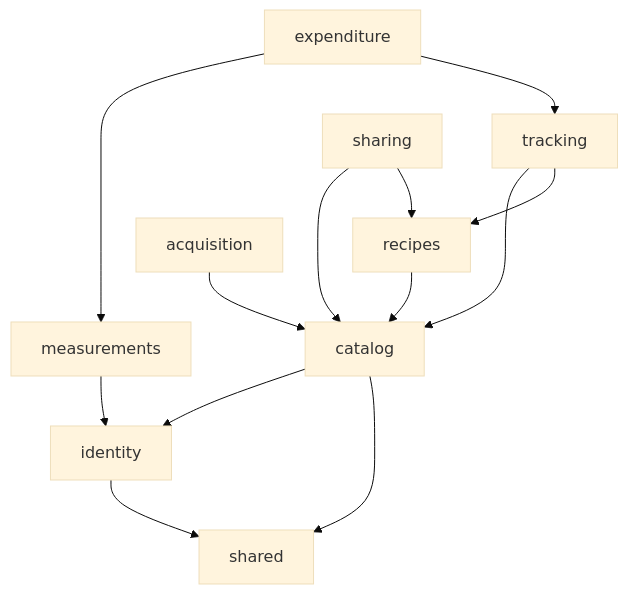
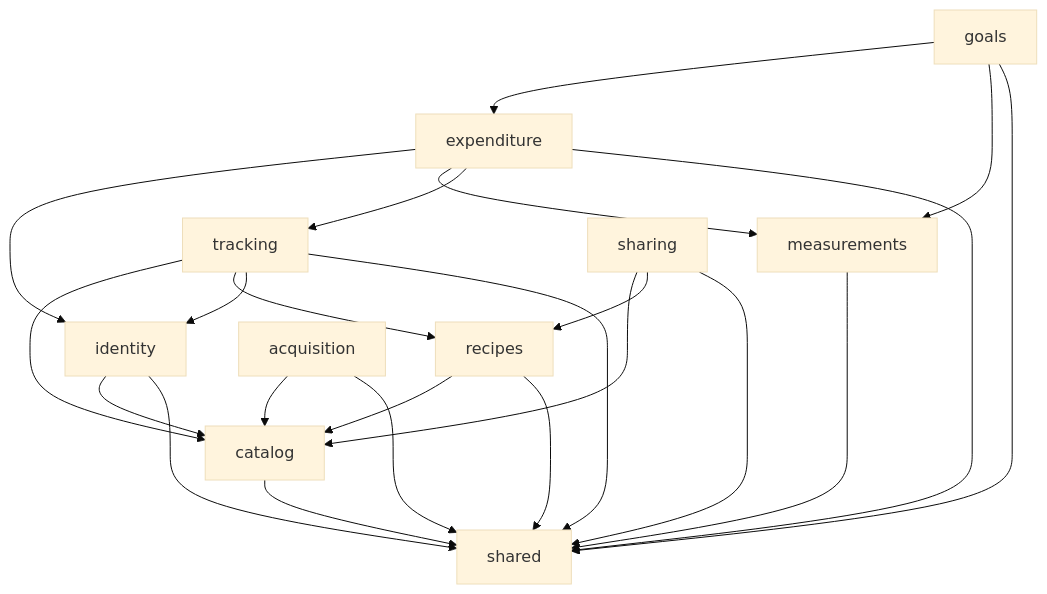
The second of 3 diagrams in docs/architecture.md (gronnmann/MacroSaurus), drawn with Mermaid (base theme) before and after one commit. The commit also changed other lines of this file and 95 other files, not shown here.

````diff
--- a/docs/architecture.md
+++ b/docs/architecture.md
@@ -40,16 +40,26 @@
 ```mermaid
 flowchart TD
     shared
+    catalog --> shared
+    identity --> catalog
     identity --> shared
-    catalog --> identity
-    catalog --> shared
     recipes --> catalog
+    recipes --> shared
     tracking --> catalog
     tracking --> recipes
-    measurements --> identity
+    tracking --> identity
+    tracking --> shared
+    measurements --> shared
+    expenditure --> identity
     expenditure --> measurements
     expenditure --> tracking
+    expenditure --> shared
+    goals --> expenditure
+    goals --> measurements
+    goals --> shared
     acquisition --> catalog
+    acquisition --> shared
     sharing --> catalog
     sharing --> recipes
+    sharing --> shared
 ```
````
